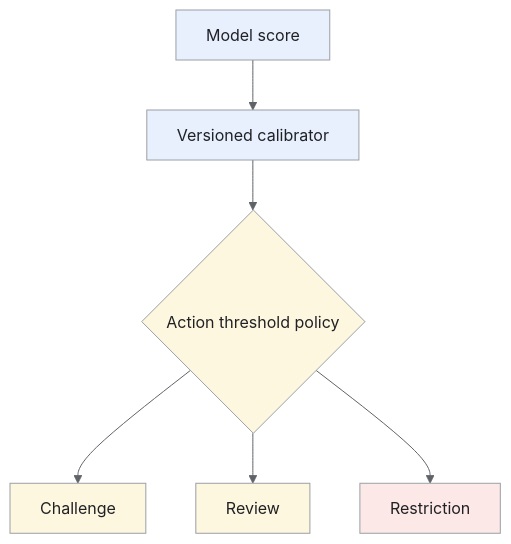
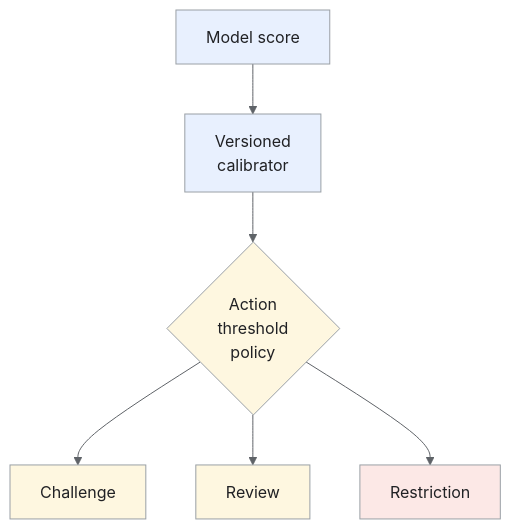
Before and after one commit to iliazlobin/iliazlobin.github.io: the fifth of 6 diagrams in _designs/bot-detection.md, drawn with Mermaid. The commit also changed other lines of this file and 116 other files, not shown here.

````diff
--- a/_designs/bot-detection.md
+++ b/_designs/bot-detection.md
@@ -306,17 +318,17 @@
 ```mermaid
-%%{init: {'theme':'base','htmlLabels':false,'flowchart':{'htmlLabels':false},'themeVariables':{'fontFamily':'Arial, sans-serif','primaryColor':'#e8f0fe','primaryTextColor':'#202124','primaryBorderColor':'#9aa0a6','lineColor':'#5f6368','secondaryColor':'#e6f4ea','tertiaryColor':'#fef7e0','actorBkg':'#e8f0fe','actorBorder':'#9aa0a6','actorTextColor':'#202124','noteBkgColor':'#fef7e0','noteTextColor':'#202124','noteBorderColor':'#9aa0a6','signalColor':'#5f6368','signalTextColor':'#202124','labelBoxBkgColor':'#fef7e0','labelBoxBorderColor':'#9aa0a6'}}}%%
+%%{init: {'theme':'base','themeVariables':{'primaryColor':'#e8f0fe','primaryTextColor':'#202124','primaryBorderColor':'#9aa0a6','lineColor':'#5f6368','secondaryColor':'#e6f4ea','tertiaryColor':'#fef7e0','actorBkg':'#e8f0fe','actorBorder':'#9aa0a6','actorTextColor':'#202124','noteBkgColor':'#fef7e0','noteTextColor':'#202124','noteBorderColor':'#9aa0a6','signalColor':'#5f6368','signalTextColor':'#202124','labelBoxBkgColor':'#fef7e0','labelBoxBorderColor':'#9aa0a6'}}}%%
 flowchart TB
-  S["Model score"] --> C["Versioned calibrator"]
-  C --> P{"Action threshold policy"}
+  S["Model score"] --> C["Versioned<br>calibrator"]
+  C --> P{"Action<br>threshold<br>policy"}
   P --> H["Challenge"]
   P --> R["Review"]
   P --> X["Restriction"]
   class S,C request
   class P control
   class H,R control
   class X danger
 classDef request fill:#e8f0fe,stroke:#9aa0a6,color:#202124;
 classDef data fill:#e6f4ea,stroke:#9aa0a6,color:#202124;
 classDef control fill:#fef7e0,stroke:#9aa0a6,color:#202124;
 classDef danger fill:#fce8e6,stroke:#9aa0a6,color:#202124;
 ```
````
